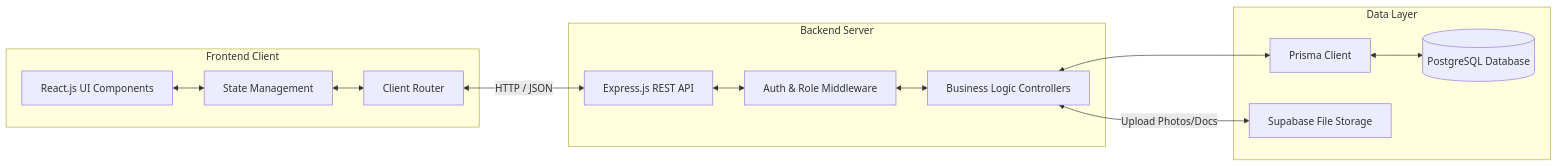
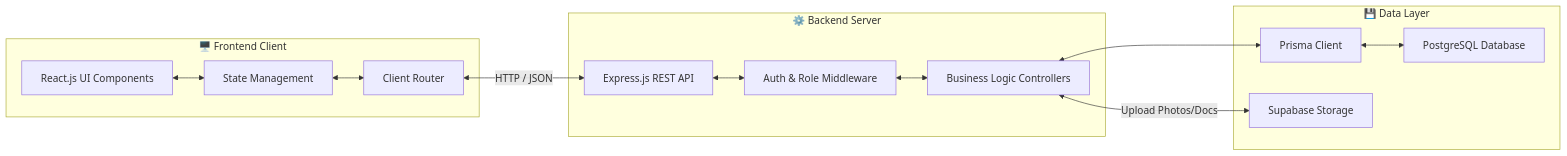
One commit to Omikparekh/AssetFlow_system changed the second of 2 diagrams in README.md. Above: the diagram before and after it, drawn with Mermaid. The commit also changed other lines of this file, not shown here.

````diff
--- a/README.md
+++ b/README.md
@@ -221,29 +257,29 @@
 ```mermaid
 graph LR
-    subgraph Frontend Client
-        UI[React.js UI Components]
-        State[State Management]
-        Router[Client Router]
+    subgraph Frontend["🖥️ Frontend Client"]
+        UI["React.js UI Components"]
+        State["State Management"]
+        Router["Client Router"]
         UI <--> State
         State <--> Router
     end
 
-    subgraph Backend Server
-        API[Express.js REST API]
-        Auth[Auth & Role Middleware]
-        Logic[Business Logic Controllers]
+    subgraph Backend["⚙️ Backend Server"]
+        API["Express.js REST API"]
+        Auth["Auth & Role Middleware"]
+        Logic["Business Logic Controllers"]
         API <--> Auth
         Auth <--> Logic
     end
 
-    subgraph Data Layer
-        ORM[Prisma Client]
-        DB[(PostgreSQL Database)]
-        Store[Supabase File Storage]
+    subgraph Data["💾 Data Layer"]
+        ORM["Prisma Client"]
+        DB["PostgreSQL Database"]
+        Store["Supabase Storage"]
     end
 
     Router <-->|HTTP / JSON| API
     Logic <--> ORM
     ORM <--> DB
     Logic <-->|Upload Photos/Docs| Store
 ```
````
